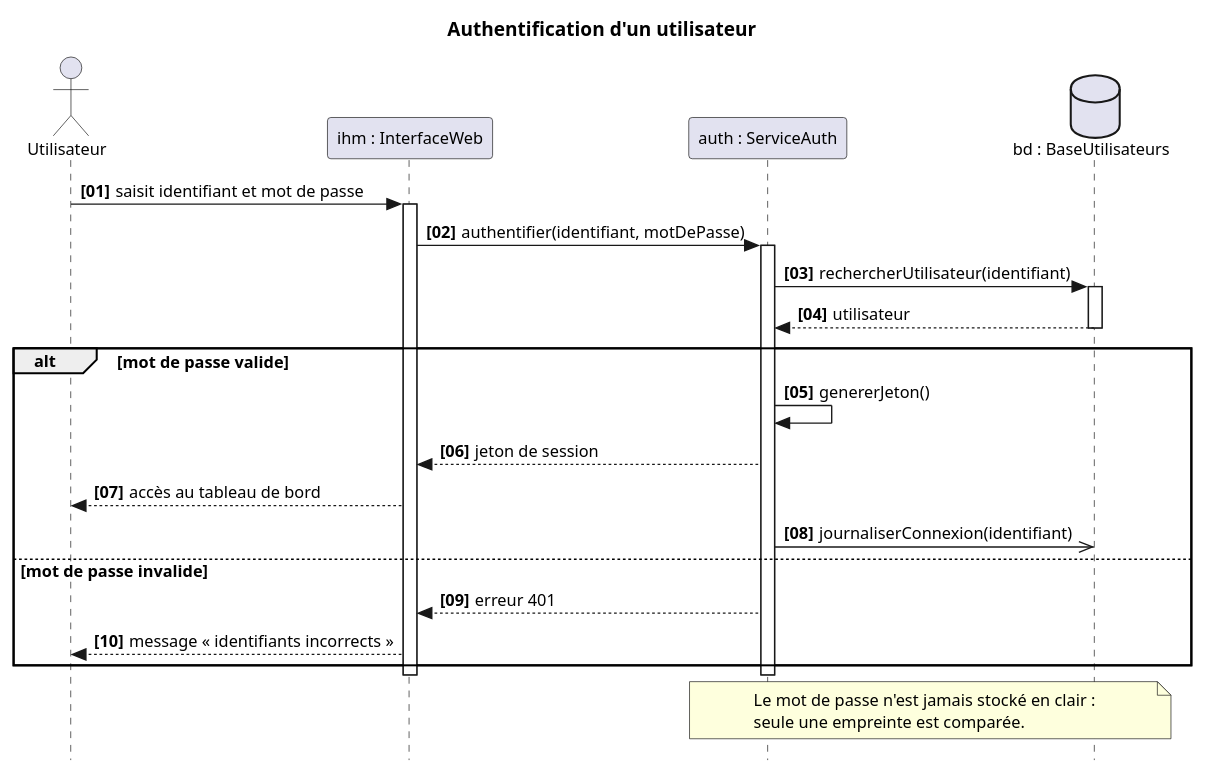
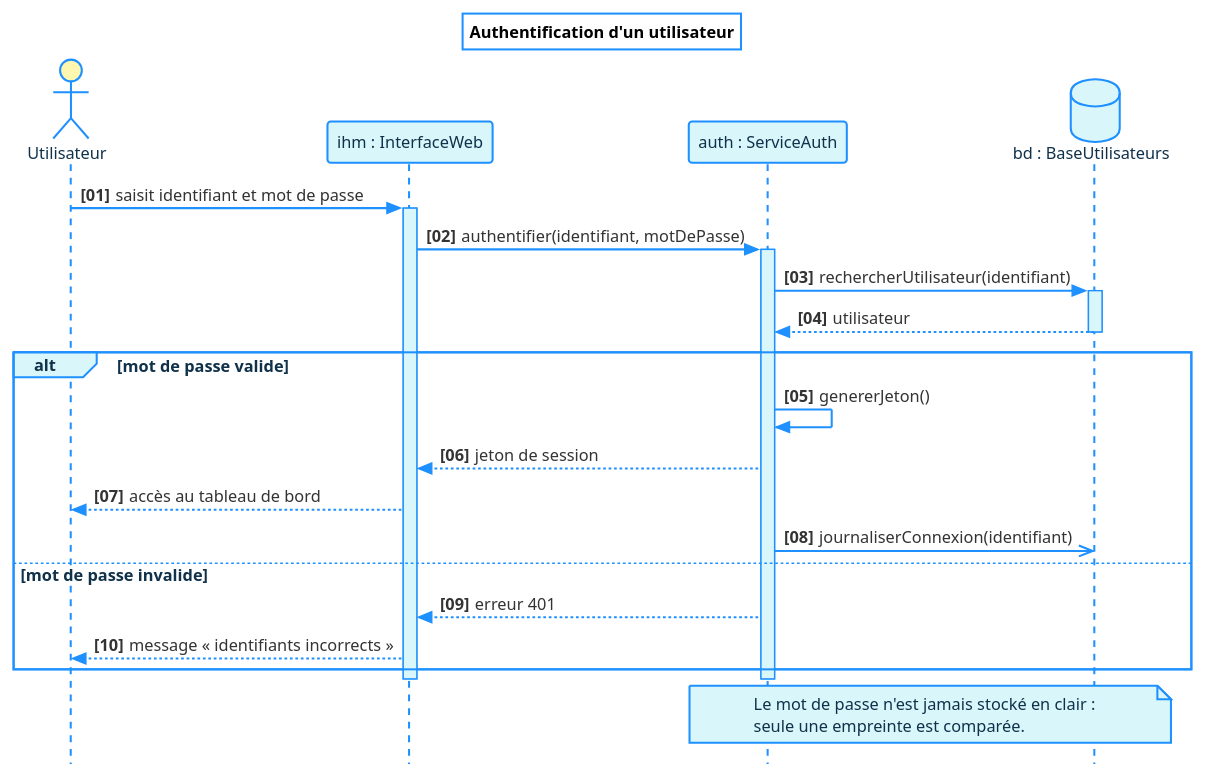
One commit to STALKER1709/PLANTUMLStudio changed the diagram in templates/09-diagramme-sequence.puml. Above: the diagram before and after it, drawn with PlantUML. The commit also changed 16 other files, not shown here.

```diff
--- a/templates/09-diagramme-sequence.puml
+++ b/templates/09-diagramme-sequence.puml
@@ -3,53 +3,101 @@
 @startuml
 title Authentification d'un utilisateur
 
-skinparam defaultFontName "Segoe UI"
-skinparam defaultFontSize 12
+' ── Formalisme commun — voir docs/formalisme.md ──────────────────────
+' Palette : fond cyan clair, bordures et flèches bleues, têtes d'acteurs
+' en jaune pâle. Les états initiaux et finaux restent des cercles pleins.
+<style>
+root {
+  FontName "Segoe UI"
+  FontSize 12
+  BackGroundColor #FFFFFF
+  LineColor #1E90FF
+  LineThickness 1.5
+}
+element {
+  BackGroundColor #D9F6FB
+  LineColor #1E90FF
+  FontColor #10314A
+}
+arrow {
+  LineColor #1E90FF
+  FontColor #333333
+}
+activityDiagram {
+  circle {
+    BackGroundColor #1E90FF
+    LineColor #1E90FF
+  }
+}
+stateDiagram {
+  circle {
+    BackGroundColor #1E90FF
+    LineColor #1E90FF
+  }
+}
+</style>
 skinparam shadowing false
+' Les conteneurs (cadre système, paquetages, nœuds) restent transparents :
+' seuls les éléments qu'ils portent sont colorés, comme dans le formalisme de
+' référence.
+skinparam rectangleBackgroundColor transparent
+skinparam packageBackgroundColor transparent
+skinparam nodeBackgroundColor transparent
+skinparam folderBackgroundColor transparent
+skinparam frameBackgroundColor transparent
+skinparam cloudBackgroundColor transparent
+skinparam actorBackgroundColor #FFF6B0
+skinparam actorBorderColor #1E90FF
+' Marqueurs de visibilité littéraux + - # plutôt que des icônes colorées
+skinparam classAttributeIconSize 0
+' « Il est représenté par un dossier avec son nom à l'intérieur »
+skinparam packageStyle folder
+' Pointes de flèches UML strictes : synchrone, asynchrone, retour
+skinparam style strictuml
+
 ' Notation stricte : pointe pleine = synchrone, pointe fine = asynchrone.
-skinparam style strictuml
 
 ' Ligne de vie d'un acteur et lignes de vie d'objets. Le temps s'écoule
 ' de haut en bas.
 actor "Utilisateur" as U
 participant "ihm : InterfaceWeb" as UI
 participant "auth : ServiceAuth" as Auth
 database "bd : BaseUtilisateurs" as DB
 
 autonumber "<b>[00]"
 
 U -> UI : saisit identifiant et mot de passe
 ' L'activation (rectangle sur la ligne de vie) indique que l'objet travaille.
 activate UI
 
 UI -> Auth : authentifier(identifiant, motDePasse)
 activate Auth
 
 Auth -> DB : rechercherUtilisateur(identifiant)
 activate DB
 ' Message de retour : trait interrompu, il clôt l'activation.
 DB --> Auth : utilisateur
 deactivate DB
 
 ' L'opérateur alt : test à plusieurs alternatives, séparées par « else ».
 alt mot de passe valide
   ' Message récursif : l'objet s'envoie un message à lui-même.
   Auth -> Auth : genererJeton()
   Auth --> UI : jeton de session
   UI --> U : accès au tableau de bord
   ' Message asynchrone : l'émetteur n'attend pas de réponse.
   Auth ->> DB : journaliserConnexion(identifiant)
 else mot de passe invalide
   Auth --> UI : erreur 401
   UI --> U : message « identifiants incorrects »
 end
 
 deactivate Auth
 deactivate UI
 
 note over Auth, DB
   Le mot de passe n'est jamais stocké en clair :
   seule une empreinte est comparée.
 end note
 
 @enduml
```
